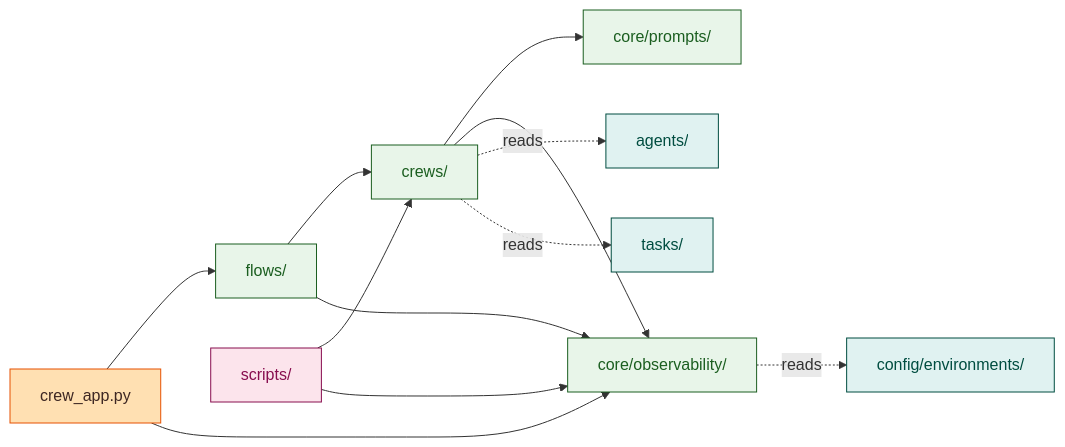
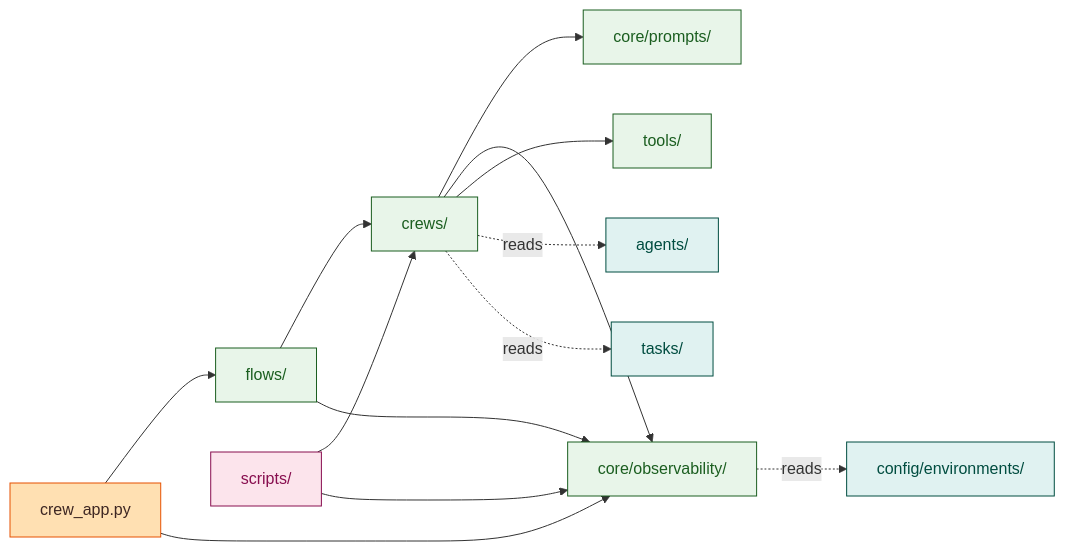
Before and after one commit to shengtong-design/langfuse-chat: the second of 4 diagrams in SYSTEM_OVERVIEW.md, drawn with Mermaid. The commit also changed other lines of this file and 9 other files, not shown here.

````diff
--- a/SYSTEM_OVERVIEW.md
+++ b/SYSTEM_OVERVIEW.md
@@ -86,29 +86,31 @@
 ```mermaid
 flowchart LR
     classDef app fill:#ffe0b2,stroke:#e65100,color:#3e2723;
     classDef domain fill:#e8f5e9,stroke:#1b5e20,color:#1b5e20;
     classDef config fill:#e0f2f1,stroke:#004d40,color:#004d40;
     classDef ops fill:#fce4ec,stroke:#880e4f,color:#880e4f;
 
     APP["crew_app.py"]:::app
     FLOWS["flows/"]:::domain
     CREWS["crews/"]:::domain
+    TOOLS["tools/"]:::domain
     PROMPTS["core/prompts/"]:::domain
     OBS["core/observability/"]:::domain
     AGENTS_DIR["agents/"]:::config
     TASKS_DIR["tasks/"]:::config
     CONFIG_DIR["config/environments/"]:::config
     SCRIPTS_DIR["scripts/"]:::ops
 
     APP --> FLOWS
     APP --> OBS
     FLOWS --> CREWS
     FLOWS --> OBS
     CREWS --> PROMPTS
     CREWS --> OBS
+    CREWS --> TOOLS
     CREWS -.reads.-> AGENTS_DIR
     CREWS -.reads.-> TASKS_DIR
     OBS -.reads.-> CONFIG_DIR
     SCRIPTS_DIR --> CREWS
     SCRIPTS_DIR --> OBS
 ```
````
